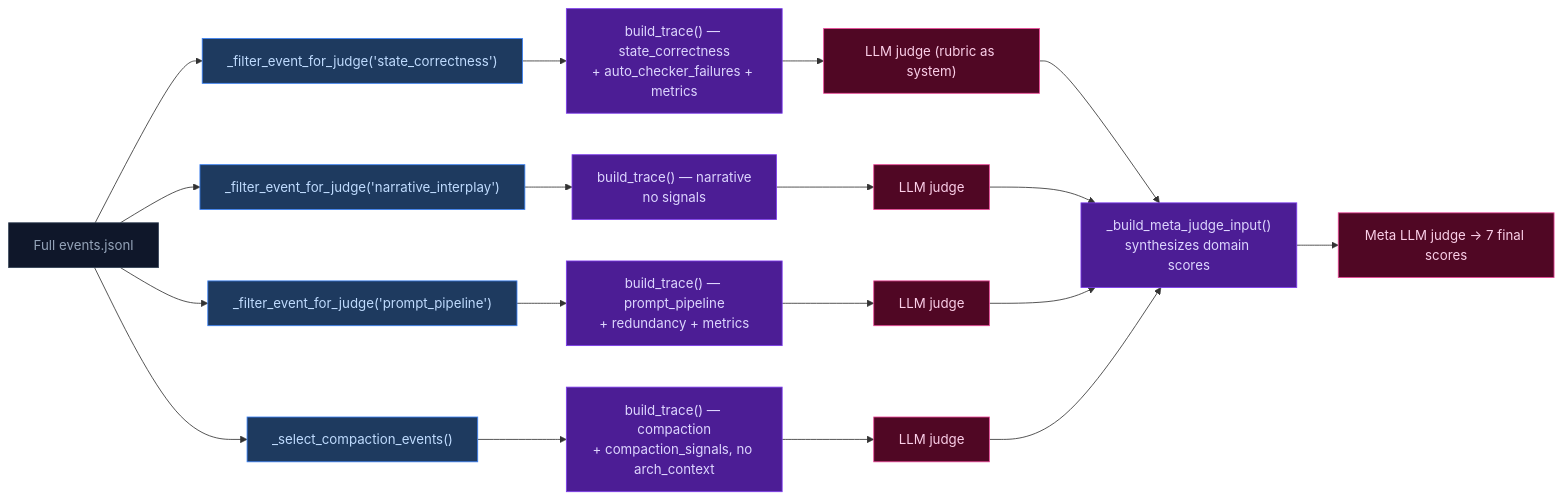
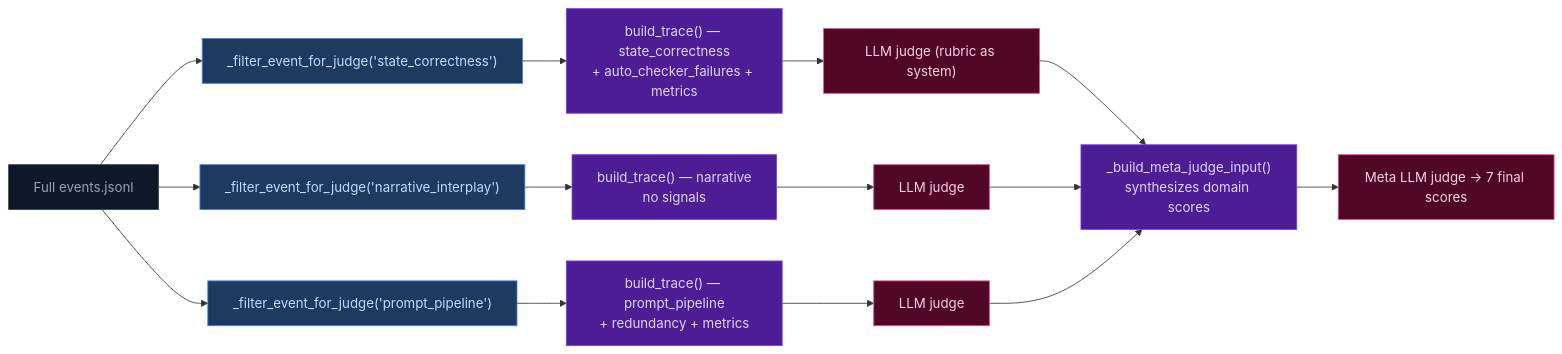
One commit to pww217/fablethread changed the second of 2 diagrams in docs/architecture/eval-harness.md. Above: the diagram before and after it, drawn with Mermaid. The commit also changed other lines of this file and 44 other files, not shown here.

````diff
--- a/docs/architecture/eval-harness.md
+++ b/docs/architecture/eval-harness.md
@@ -136,25 +135,22 @@
 ```mermaid
 flowchart LR
     classDef event fill:#0f172a,color:#94a3b8,stroke:#334155
     classDef filter fill:#1e3a5f,color:#bfdbfe,stroke:#3b82f6
     classDef trace fill:#4c1d95,color:#ddd6fe,stroke:#7c3aed
     classDef llm fill:#500724,color:#fbcfe8,stroke:#ec4899
 
     F["Full events.jsonl"]:::event
     F --> F1["_filter_event_for_judge('state_correctness')"]:::filter
     F --> F2["_filter_event_for_judge('narrative_interplay')"]:::filter
     F --> F3["_filter_event_for_judge('prompt_pipeline')"]:::filter
-    F --> F4["_select_compaction_events()"]:::filter
 
     F1 --> B1["build_trace() — state_correctness<br>+ auto_checker_failures + metrics"]:::trace
     F2 --> B2["build_trace() — narrative<br>no signals"]:::trace
     F3 --> B3["build_trace() — prompt_pipeline<br>+ redundancy + metrics"]:::trace
-    F4 --> B4["build_trace() — compaction<br>+ compaction_signals, no arch_context"]:::trace
     B1 --> L1["LLM judge (rubric as system)"]:::llm
     B2 --> L2["LLM judge"]:::llm
     B3 --> L3["LLM judge"]:::llm
-    B4 --> L4["LLM judge"]:::llm
 
-    L1 & L2 & L3 & L4 --> M["_build_meta_judge_input()<br>synthesizes domain scores"]:::trace
+    L1 & L2 & L3 --> M["_build_meta_judge_input()<br>synthesizes domain scores"]:::trace
     M --> LM["Meta LLM judge → 7 final scores"]:::llm
 ```
````
